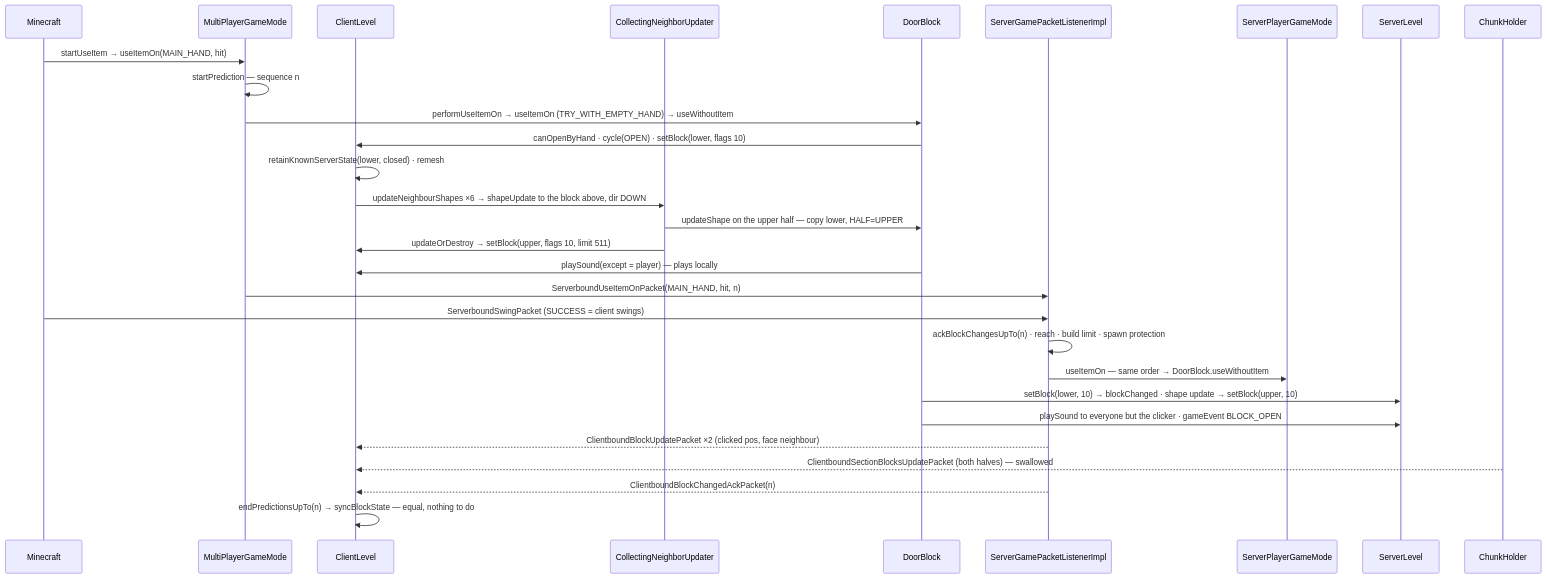
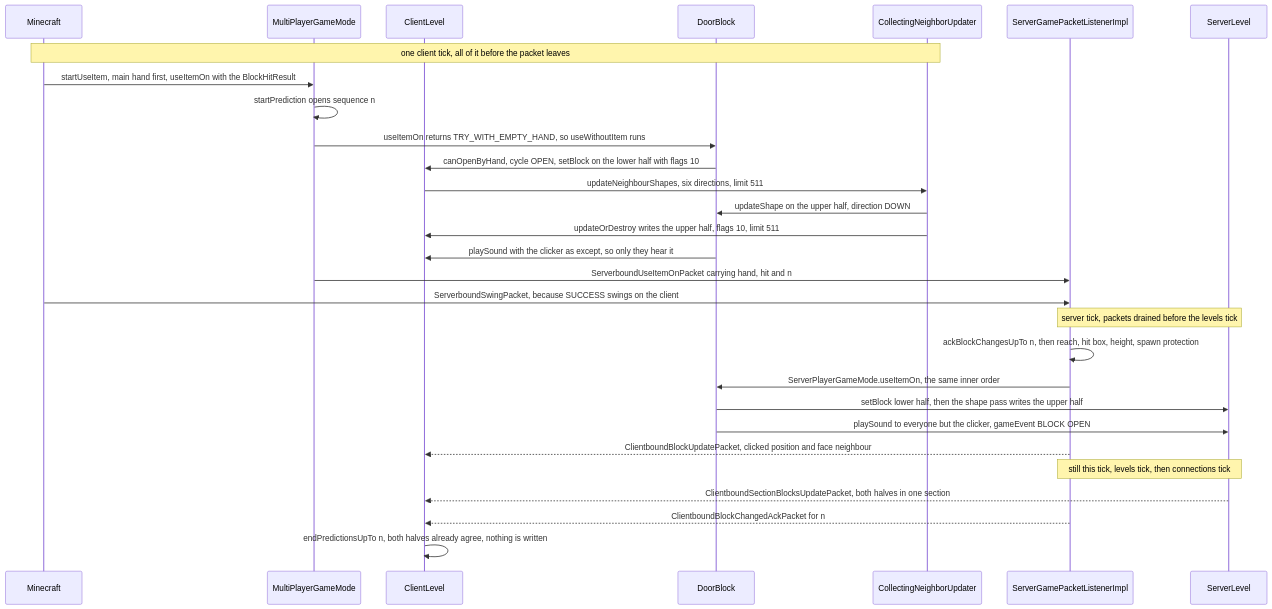
Before and after one commit to AlexanderjFraser/MinecraftDocs: the diagram in src/systems/blocks/block-interaction.md, drawn with Mermaid. The commit also changed other lines of this file and 22 other files, not shown here.

````diff
--- a/src/systems/blocks/block-interaction.md
+++ b/src/systems/blocks/block-interaction.md
@@ -141,32 +32,32 @@
 ```mermaid
 sequenceDiagram
     participant MC as Minecraft
-    participant GM as MultiPlayerGameMode
+    participant MPGM as MultiPlayerGameMode
     participant CL as ClientLevel
-    participant NU as CollectingNeighborUpdater
     participant DB as DoorBlock
-    participant SG as ServerGamePacketListenerImpl
-    participant PG as ServerPlayerGameMode
+    participant CNU as CollectingNeighborUpdater
+    participant SGPL as ServerGamePacketListenerImpl
     participant SL as ServerLevel
-    participant CH as ChunkHolder
 
-    MC->>GM: startUseItem → useItemOn(MAIN_HAND, hit)
-    GM->>GM: startPrediction — sequence n
-    GM->>DB: performUseItemOn → useItemOn (TRY_WITH_EMPTY_HAND) → useWithoutItem
-    DB->>CL: canOpenByHand · cycle(OPEN) · setBlock(lower, flags 10)
-    CL->>CL: retainKnownServerState(lower, closed) · remesh
-    CL->>NU: updateNeighbourShapes ×6 → shapeUpdate to the block above, dir DOWN
-    NU->>DB: updateShape on the upper half — copy lower, HALF=UPPER
-    NU->>CL: updateOrDestroy → setBlock(upper, flags 10, limit 511)
-    DB->>CL: playSound(except = player) — plays locally
-    GM->>SG: ServerboundUseItemOnPacket(MAIN_HAND, hit, n)
-    MC->>SG: ServerboundSwingPacket (SUCCESS = client swings)
-    SG->>SG: ackBlockChangesUpTo(n) · reach · build limit · spawn protection
-    SG->>PG: useItemOn — same order → DoorBlock.useWithoutItem
-    DB->>SL: setBlock(lower, 10) → blockChanged · shape update → setBlock(upper, 10)
-    DB->>SL: playSound to everyone but the clicker · gameEvent BLOCK_OPEN
-    SG-->>CL: ClientboundBlockUpdatePacket ×2 (clicked pos, face neighbour)
-    CH-->>CL: ClientboundSectionBlocksUpdatePacket (both halves) — swallowed
-    SG-->>CL: ClientboundBlockChangedAckPacket(n)
-    CL->>CL: endPredictionsUpTo(n) → syncBlockState — equal, nothing to do
+    Note over MC,CNU: one client tick, all of it before the packet leaves
+    MC->>MPGM: startUseItem, main hand first, useItemOn with the BlockHitResult
+    MPGM->>MPGM: startPrediction opens sequence n
+    MPGM->>DB: useItemOn returns TRY_WITH_EMPTY_HAND, so useWithoutItem runs
+    DB->>CL: canOpenByHand, cycle OPEN, setBlock on the lower half with flags 10
+    CL->>CNU: updateNeighbourShapes, six directions, limit 511
+    CNU->>DB: updateShape on the upper half, direction DOWN
+    CNU->>CL: updateOrDestroy writes the upper half, flags 10, limit 511
+    DB->>CL: playSound with the clicker as except, so only they hear it
+    MPGM->>SGPL: ServerboundUseItemOnPacket carrying hand, hit and n
+    MC->>SGPL: ServerboundSwingPacket, because SUCCESS swings on the client
+    Note over SGPL,SL: server tick, packets drained before the levels tick
+    SGPL->>SGPL: ackBlockChangesUpTo n, then reach, hit box, height, spawn protection
+    SGPL->>DB: ServerPlayerGameMode.useItemOn, the same inner order
+    DB->>SL: setBlock lower half, then the shape pass writes the upper half
+    DB->>SL: playSound to everyone but the clicker, gameEvent BLOCK OPEN
+    SGPL-->>CL: ClientboundBlockUpdatePacket, clicked position and face neighbour
+    Note over SGPL,SL: still this tick, levels tick, then connections tick
+    SL-->>CL: ClientboundSectionBlocksUpdatePacket, both halves in one section
+    SGPL-->>CL: ClientboundBlockChangedAckPacket for n
+    CL->>CL: endPredictionsUpTo n, both halves already agree, nothing is written
 ```
````
